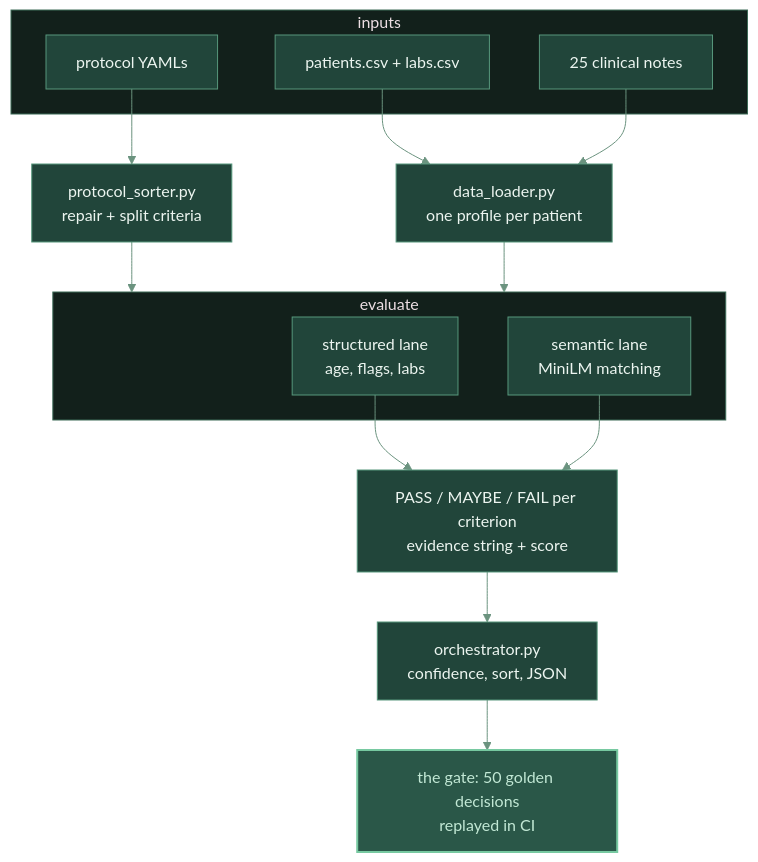
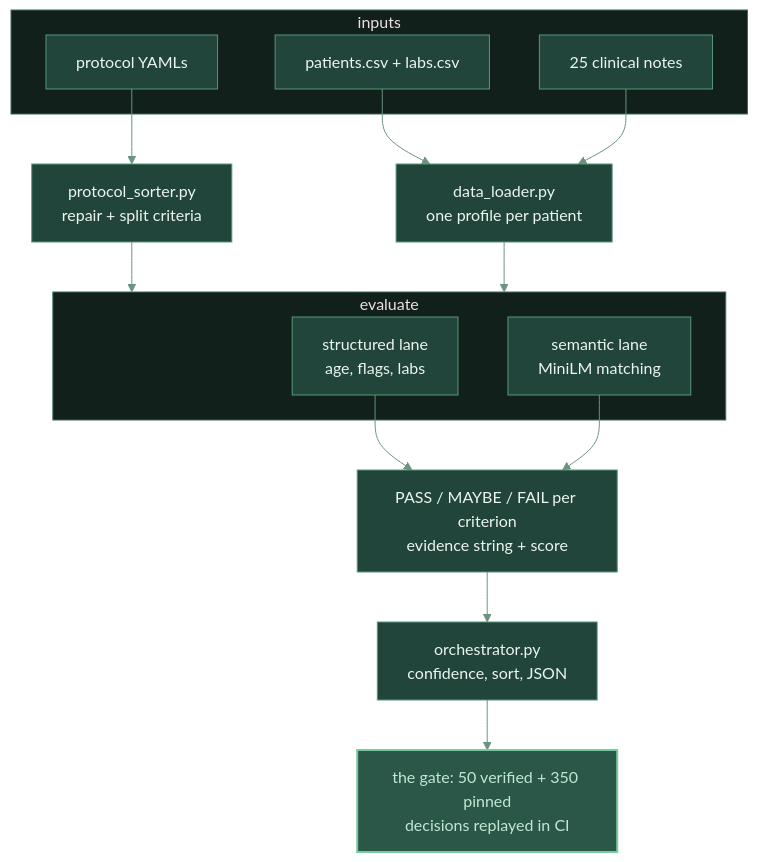
The diagram in README.md (jameswniu/nlp-clinical-trial-eligibility-screening), drawn with Mermaid before and after one commit. The commit also changed other lines of this file and 2 other files, not shown here.

Commit message:
Refresh the hero and gate labels to the two-tier figures: 200 golden patients, 70 traps, 1,000-patient bench

````diff
--- a/README.md
+++ b/README.md
@@ -95,37 +95,37 @@
 ```mermaid
 %%{init: {"theme": "base", "themeVariables": {
   "fontSize": "16px",
   "primaryColor": "#21453a", "primaryTextColor": "#ecf5f0", "primaryBorderColor": "#57977c",
   "lineColor": "#6b937f", "textColor": "#a7c3b6",
   "clusterBkg": "#12201b", "clusterBorder": "#3c6b57",
   "edgeLabelBackground": "#12201b", "tertiaryColor": "#12201b"
 }}}%%
 flowchart TD
     subgraph IN [inputs]
         P["protocol YAMLs"]
         C["patients.csv + labs.csv"]
         N["25 clinical notes"]
     end
     S["protocol_sorter.py<br/>repair + split criteria"]
     L["data_loader.py<br/>one profile per patient"]
     subgraph EV [evaluate]
         E["structured lane<br/>age, flags, labs"]
         M["semantic lane<br/>MiniLM matching"]
     end
     V["PASS / MAYBE / FAIL per criterion<br/>evidence string + score"]
     O["orchestrator.py<br/>confidence, sort, JSON"]
-    G["the gate: 50 golden decisions<br/>replayed in CI"]
+    G["the gate: 50 verified + 350 pinned<br/>decisions replayed in CI"]
 
     P --> S
     C --> L
     N --> L
     S --> EV
     L --> EV
     E --> V
     M --> V
     V --> O
     O --> G
 
     classDef gate fill:#2a5748,stroke:#77c9a1,color:#c2e8d5,stroke-width:2px
     class G gate
 ```
````
